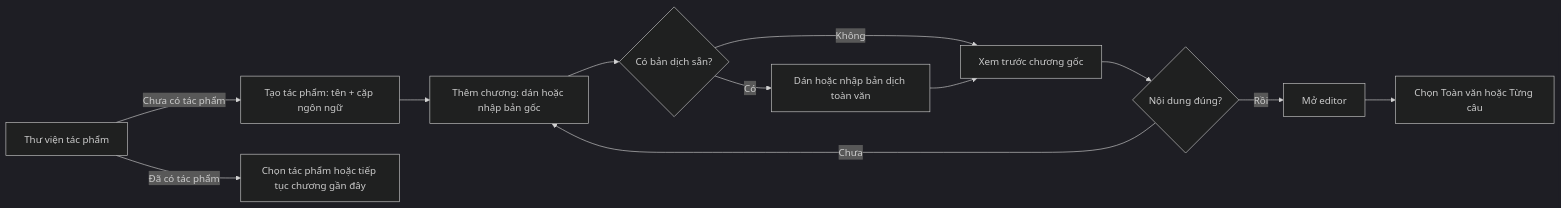
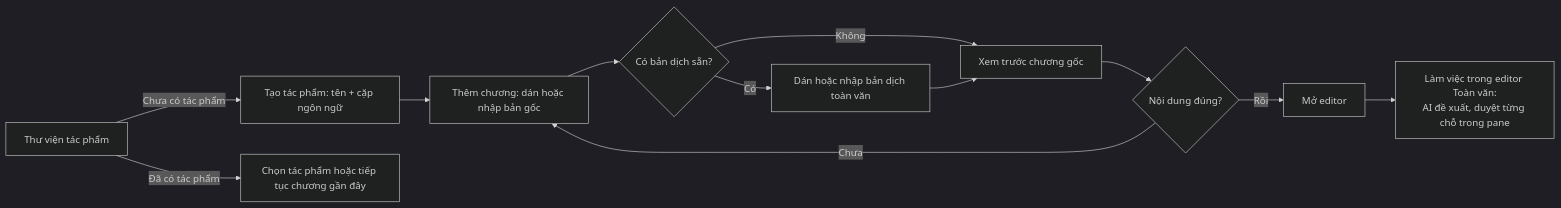
The diagram in docs/handbook/experience/first-run.md (minh1904/app-novel), drawn with Mermaid (dark theme) before and after one commit. The commit also changed other lines of this file and 38 other files, not shown here.

First line of the commit message:
docs: record ADR-005 and move the handbook to a module roadmap

````diff
--- a/docs/handbook/experience/first-run.md
+++ b/docs/handbook/experience/first-run.md
@@ -15,14 +17,14 @@
 ```mermaid
 flowchart LR
     A[Thư viện tác phẩm] -->|Chưa có tác phẩm| B[Tạo tác phẩm: tên + cặp ngôn ngữ]
     A -->|Đã có tác phẩm| J[Chọn tác phẩm hoặc tiếp tục chương gần đây]
     B --> C[Thêm chương: dán hoặc nhập bản gốc]
     C --> D{Có bản dịch sẵn?}
     D -->|Không| E[Xem trước chương gốc]
     D -->|Có| F[Dán hoặc nhập bản dịch toàn văn]
     F --> E
     E --> G{Nội dung đúng?}
     G -->|Chưa| C
     G -->|Rồi| H[Mở editor]
-    H --> I[Chọn Toàn văn hoặc Từng câu]
+    H --> I[Làm việc trong editor Toàn văn:<br/>AI đề xuất, duyệt từng chỗ trong pane]
 ```
````
